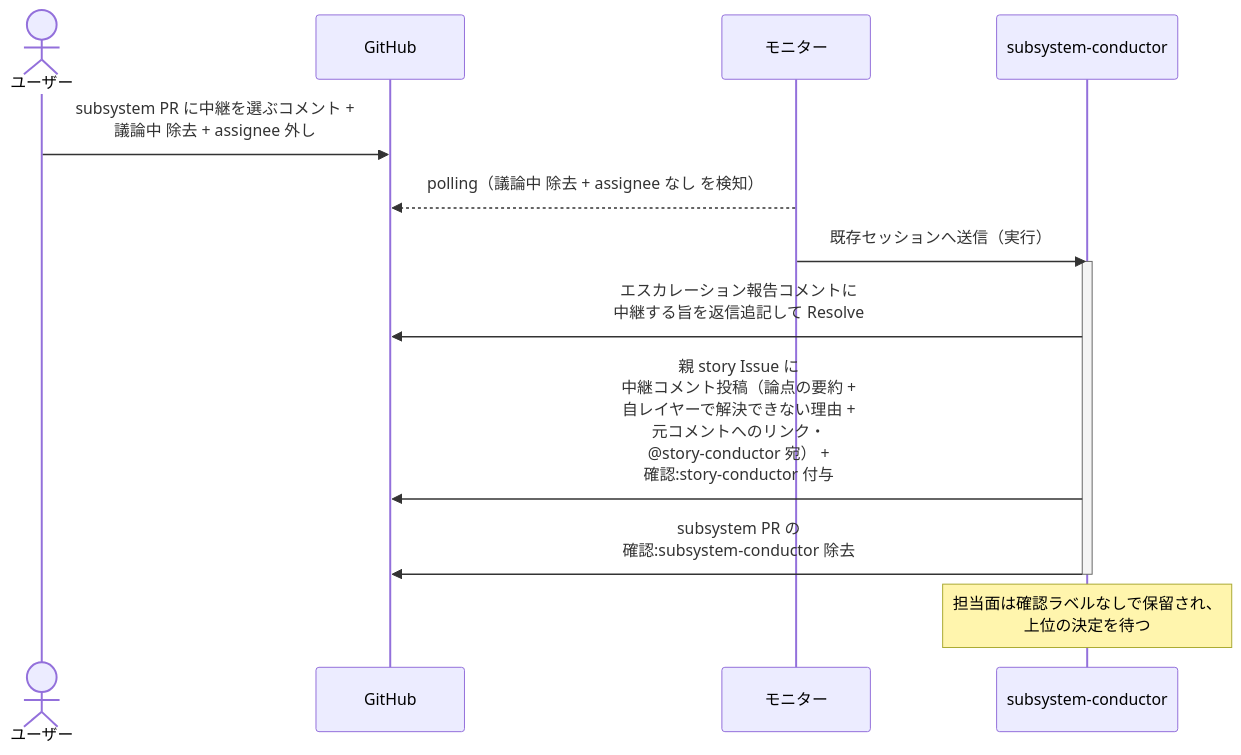
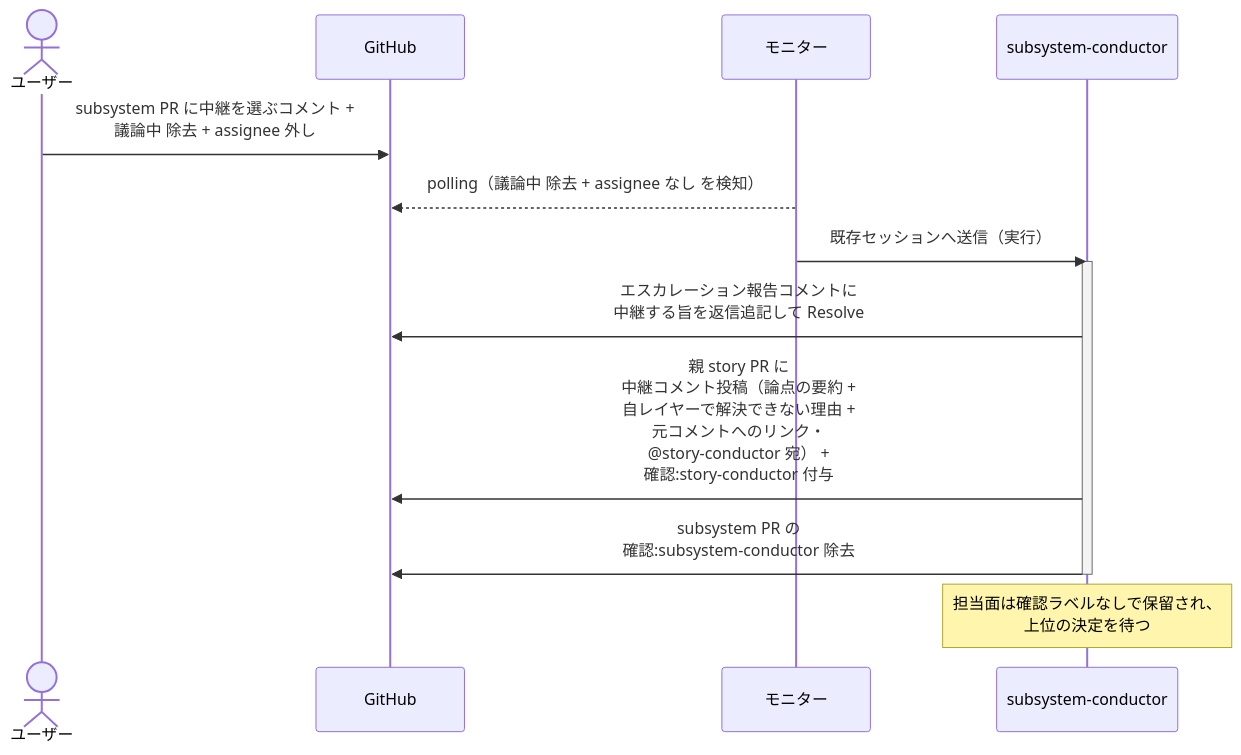
The third of 6 diagrams in docs/wiki/設計図/シナリオ/単一ユースケース/エスカレーション対応.md (shuhei1101/ai-monitor), drawn with Mermaid before and after one commit. The commit also changed other lines of this file and 256 other files, not shown here.

````diff
--- a/docs/wiki/設計図/シナリオ/単一ユースケース/エスカレーション対応.md
+++ b/docs/wiki/設計図/シナリオ/単一ユースケース/エスカレーション対応.md
@@ -99,17 +99,17 @@
 ```mermaid
 sequenceDiagram
   actor U as ユーザー
   participant GH as GitHub
   participant ORC as モニター
   participant MON as subsystem-conductor
 
   U->>GH: subsystem PR に中継を選ぶコメント +<br>議論中 除去 + assignee 外し
   ORC-->>GH: polling（議論中 除去 + assignee なし を検知）
   ORC->>MON: 既存セッションへ送信（実行）
   activate MON
   MON->>GH: エスカレーション報告コメントに<br>中継する旨を返信追記して Resolve
-  MON->>GH: 親 story Issue に<br>中継コメント投稿（論点の要約 +<br>自レイヤーで解決できない理由 +<br>元コメントへのリンク・<br>@story-conductor 宛） +<br>確認:story-conductor 付与
+  MON->>GH: 親 story PR に<br>中継コメント投稿（論点の要約 +<br>自レイヤーで解決できない理由 +<br>元コメントへのリンク・<br>@story-conductor 宛） +<br>確認:story-conductor 付与
   MON->>GH: subsystem PR の<br>確認:subsystem-conductor 除去
   deactivate MON
   Note over MON: 担当面は確認ラベルなしで保留され、<br>上位の決定を待つ
 ```
````
